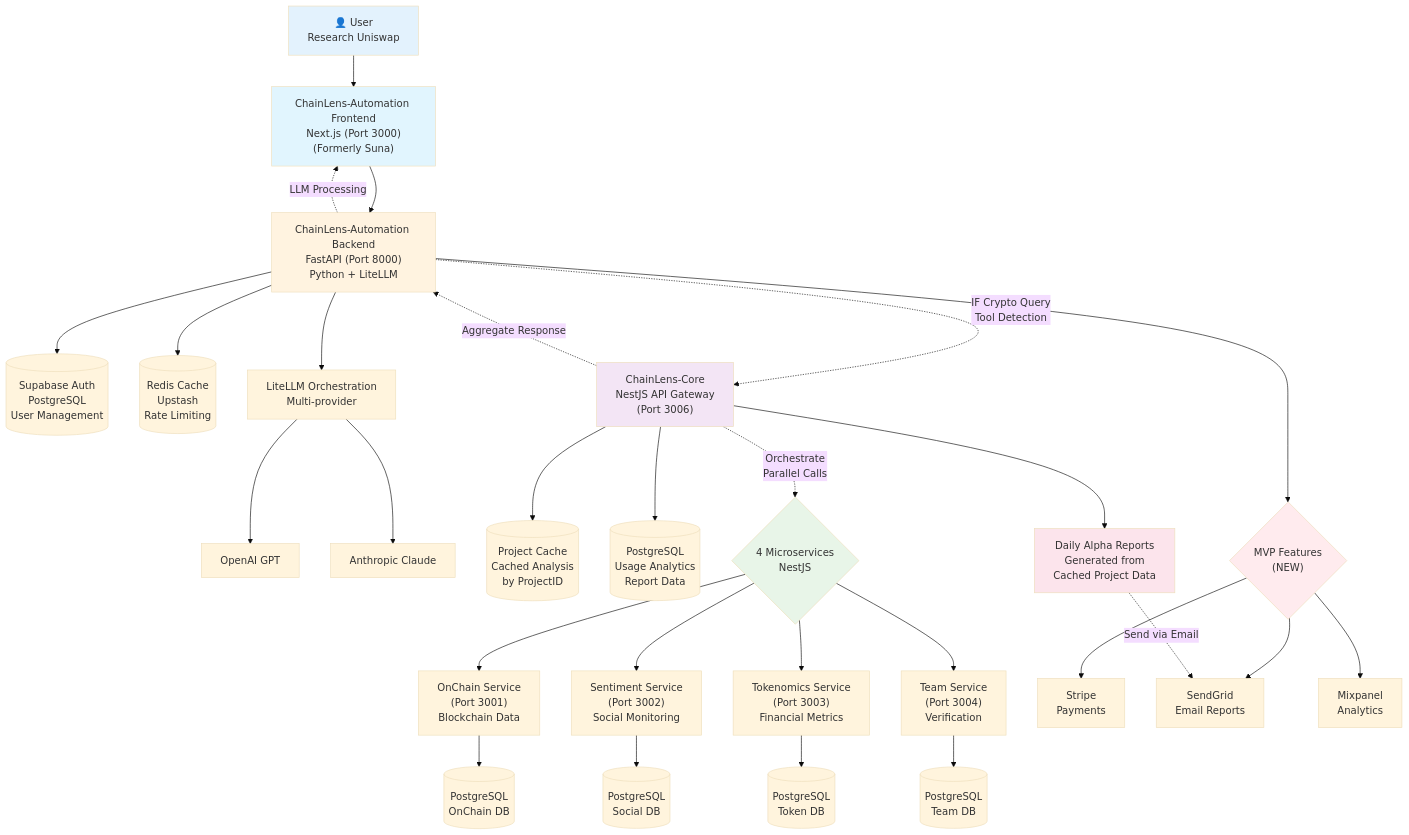
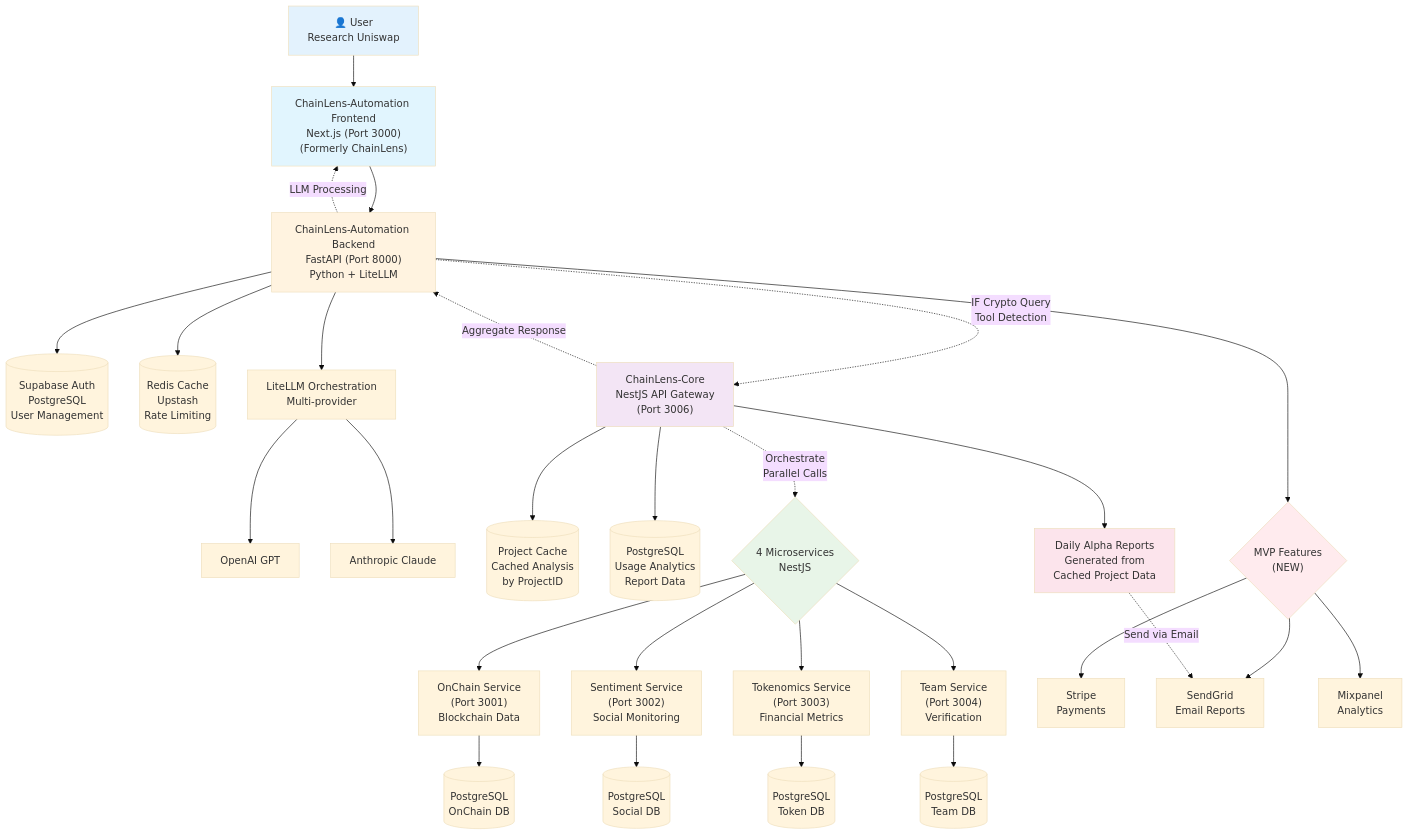
Before and after one commit to deptrai/suna: the diagram in docs/technical/technical-architecture-specification-vi.md, drawn with Mermaid (base theme). The commit also changed other lines of this file and 207 other files, not shown here.

````diff
--- a/docs/technical/technical-architecture-specification-vi.md
+++ b/docs/technical/technical-architecture-specification-vi.md
@@ -29,50 +29,50 @@
 ```mermaid
 graph TB
-    User["👤 User<br/>Research Uniswap"] --> Frontend["ChainLens-Automation Frontend<br/>Next.js (Port 3000)<br/>(Formerly Suna)"]
+    User["👤 User<br/>Research Uniswap"] --> Frontend["ChainLens-Automation Frontend<br/>Next.js (Port 3000)<br/>(Formerly ChainLens)"]
     
     Frontend --> Backend["ChainLens-Automation Backend<br/>FastAPI (Port 8000)<br/>Python + LiteLLM"]
     
     Backend --> Auth[("Supabase Auth<br/>PostgreSQL<br/>User Management")]
     Backend --> Redis[("Redis Cache<br/>Upstash<br/>Rate Limiting")]
     
     Backend --> LLM["LiteLLM Orchestration<br/>Multi-provider"]
     LLM --> OpenAI["OpenAI GPT"]
     LLM --> Claude["Anthropic Claude"]
     
     Backend -.->|"IF Crypto Query<br/>Tool Detection"| Core["ChainLens-Core<br/>NestJS API Gateway<br/>(Port 3006)"]
     
     Core --> CoreCache[("Project Cache<br/>Cached Analysis<br/>by ProjectID")]
     Core --> CoreDB[("PostgreSQL<br/>Usage Analytics<br/>Report Data")]
     
     Core -.->|"Orchestrate<br/>Parallel Calls"| Services{"4 Microservices<br/>NestJS"}
     
     Services --> MS1["OnChain Service<br/>(Port 3001)<br/>Blockchain Data"]
     Services --> MS2["Sentiment Service<br/>(Port 3002)<br/>Social Monitoring"]
     Services --> MS3["Tokenomics Service<br/>(Port 3003)<br/>Financial Metrics"]
     Services --> MS4["Team Service<br/>(Port 3004)<br/>Verification"]
     
     MS1 --> DB1[("PostgreSQL<br/>OnChain DB")]
     MS2 --> DB2[("PostgreSQL<br/>Social DB")]
     MS3 --> DB3[("PostgreSQL<br/>Token DB")]
     MS4 --> DB4[("PostgreSQL<br/>Team DB")]
     
     Core -.->|"Aggregate Response"| Backend
     Backend -.->|"LLM Processing"| Frontend
     
     %% MVP Additions
     Backend --> MVP{"MVP Features<br/>(NEW)"}
     MVP --> Stripe["Stripe<br/>Payments"]
     MVP --> SendGrid["SendGrid<br/>Email Reports"]
     MVP --> Analytics["Mixpanel<br/>Analytics"]
     
     Core --> Reports["Daily Alpha Reports<br/>Generated from<br/>Cached Project Data"]
     Reports -.->|"Send via Email"| SendGrid
     
     style User fill:#e3f2fd
     style Frontend fill:#e1f5fe
     style Backend fill:#fff3e0
     style Core fill:#f3e5f5
     style Services fill:#e8f5e8
     style MVP fill:#ffebee
     style Reports fill:#fce4ec
 ```
````
